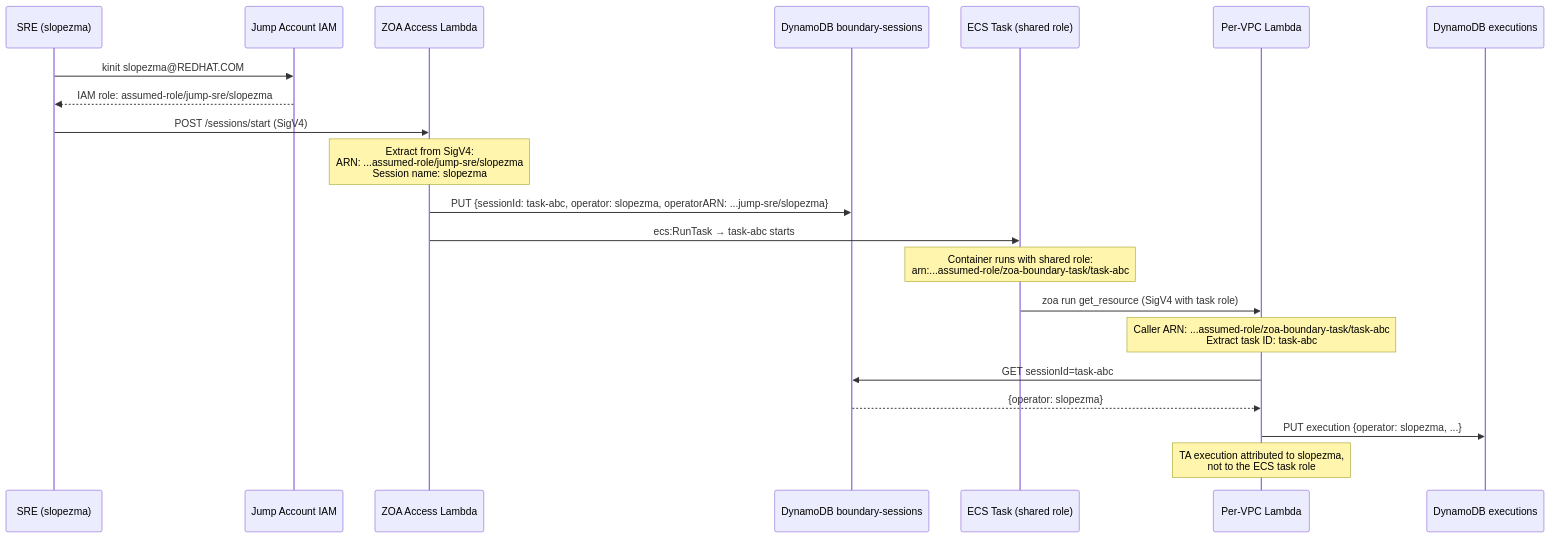
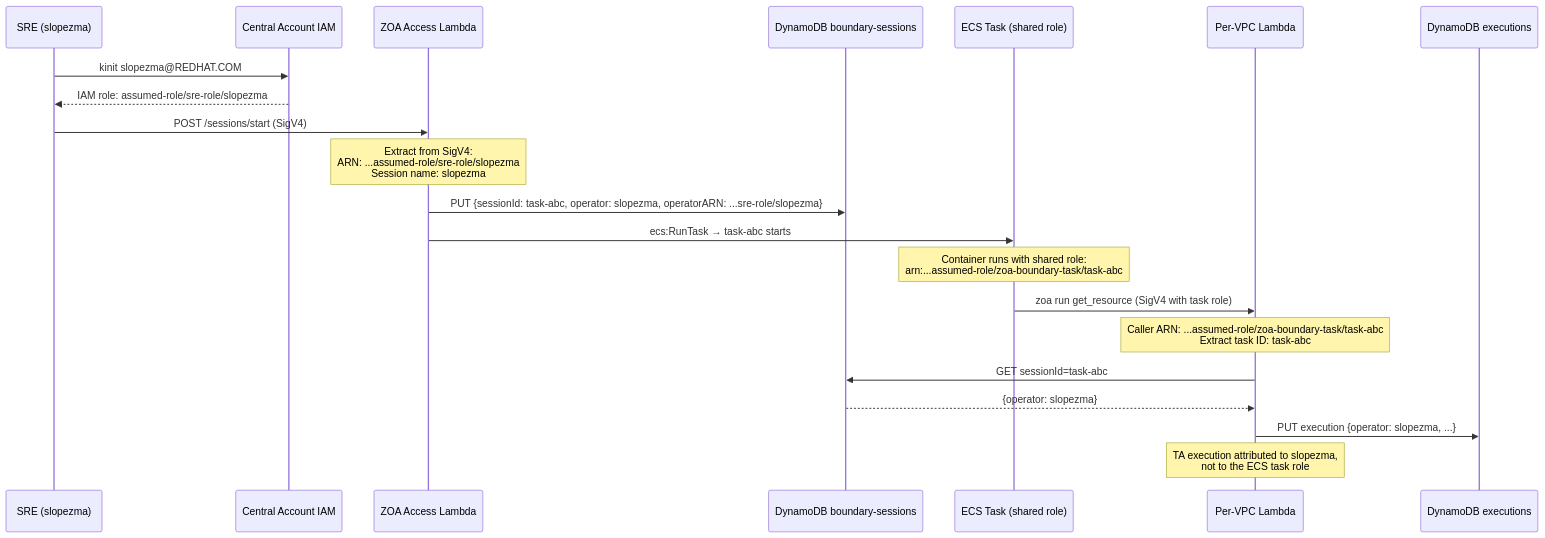
The fourth of 5 diagrams in docs/design/zoa-boundary-epic-plan.md (slopezz/rosa-hyperfleet-zoa), drawn with Mermaid before and after one commit. The commit also changed other lines of this file, not shown here.

First line of the commit message:
docs: replace Jump Account with Central Account, single role + LDAP

````diff
--- a/docs/design/zoa-boundary-epic-plan.md
+++ b/docs/design/zoa-boundary-epic-plan.md
@@ -140,27 +140,27 @@
 ```mermaid
 sequenceDiagram
     participant SRE as SRE (slopezma)
-    participant JA as Jump Account IAM
+    participant JA as Central Account IAM
     participant AL as ZOA Access Lambda
     participant DDB as DynamoDB boundary-sessions
     participant ECS as ECS Task (shared role)
     participant VPCLambda as Per-VPC Lambda
     participant ExecDDB as DynamoDB executions
 
     SRE->>JA: kinit slopezma@REDHAT.COM
-    JA-->>SRE: IAM role: assumed-role/jump-sre/slopezma
+    JA-->>SRE: IAM role: assumed-role/sre-role/slopezma
 
     SRE->>AL: POST /sessions/start (SigV4)
-    Note over AL: Extract from SigV4:<br/>ARN: ...assumed-role/jump-sre/slopezma<br/>Session name: slopezma
-    AL->>DDB: PUT {sessionId: task-abc, operator: slopezma, operatorARN: ...jump-sre/slopezma}
+    Note over AL: Extract from SigV4:<br/>ARN: ...assumed-role/sre-role/slopezma<br/>Session name: slopezma
+    AL->>DDB: PUT {sessionId: task-abc, operator: slopezma, operatorARN: ...sre-role/slopezma}
     AL->>ECS: ecs:RunTask → task-abc starts
 
     Note over ECS: Container runs with shared role:<br/>arn:...assumed-role/zoa-boundary-task/task-abc
 
     ECS->>VPCLambda: zoa run get_resource (SigV4 with task role)
     Note over VPCLambda: Caller ARN: ...assumed-role/zoa-boundary-task/task-abc<br/>Extract task ID: task-abc
     VPCLambda->>DDB: GET sessionId=task-abc
     DDB-->>VPCLambda: {operator: slopezma}
     VPCLambda->>ExecDDB: PUT execution {operator: slopezma, ...}
     Note over VPCLambda: TA execution attributed to slopezma,<br/>not to the ECS task role
 ```
````
